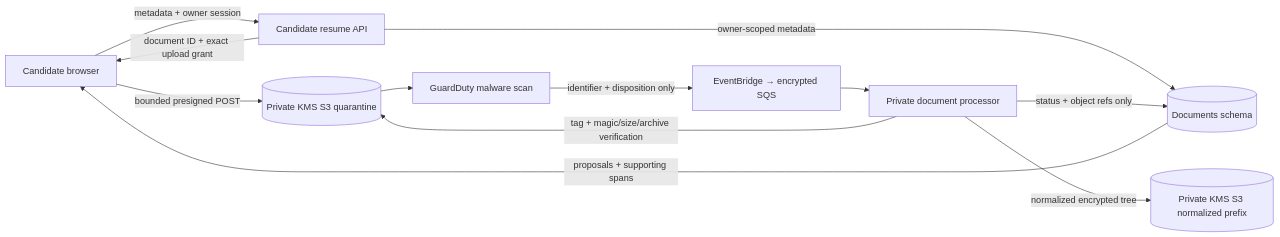
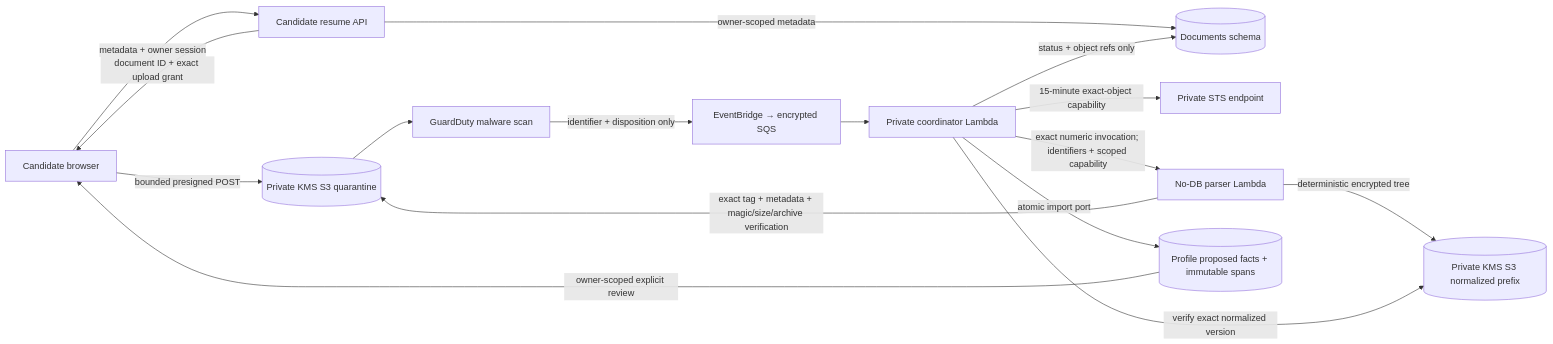
Before and after one commit to Vrixic/project-ai-job-apply: the second of 4 diagrams in docs/security/data-flow-and-classification.md, drawn with Mermaid. The commit also changed other lines of this file and 71 other files, not shown here.

````diff
--- a/docs/security/data-flow-and-classification.md
+++ b/docs/security/data-flow-and-classification.md
@@ -79,14 +81,18 @@
 ```mermaid
 flowchart LR
   Candidate3[Candidate browser] -->|metadata + owner session| ResumeAPI[Candidate resume API]
   ResumeAPI -->|document ID + exact upload grant| Candidate3
   ResumeAPI -->|owner-scoped metadata| DocumentsDB[(Documents schema)]
   Candidate3 -->|bounded presigned POST| Quarantine[(Private KMS S3 quarantine)]
   Quarantine --> GuardDuty[GuardDuty malware scan]
   GuardDuty -->|identifier + disposition only| ScanEvents[EventBridge → encrypted SQS]
-  ScanEvents --> Processor[Private document processor]
-  Processor -->|tag + magic/size/archive verification| Quarantine
-  Processor -->|normalized encrypted tree| Normalized[(Private KMS S3 normalized prefix)]
-  Processor -->|status + object refs only| DocumentsDB
-  DocumentsDB -->|proposals + supporting spans| Candidate3
+  ScanEvents --> Coordinator[Private coordinator Lambda]
+  Coordinator -->|15-minute exact-object capability| STS[Private STS endpoint]
+  Coordinator -->|exact numeric invocation; identifiers + scoped capability| Parser[No-DB parser Lambda]
+  Parser -->|exact tag + metadata + magic/size/archive verification| Quarantine
+  Parser -->|deterministic encrypted tree| Normalized[(Private KMS S3 normalized prefix)]
+  Coordinator -->|verify exact normalized version| Normalized
+  Coordinator -->|status + object refs only| DocumentsDB
+  Coordinator -->|atomic import port| ProfileDB[(Profile proposed facts + immutable spans)]
+  ProfileDB -->|owner-scoped explicit review| Candidate3
 ```
````
